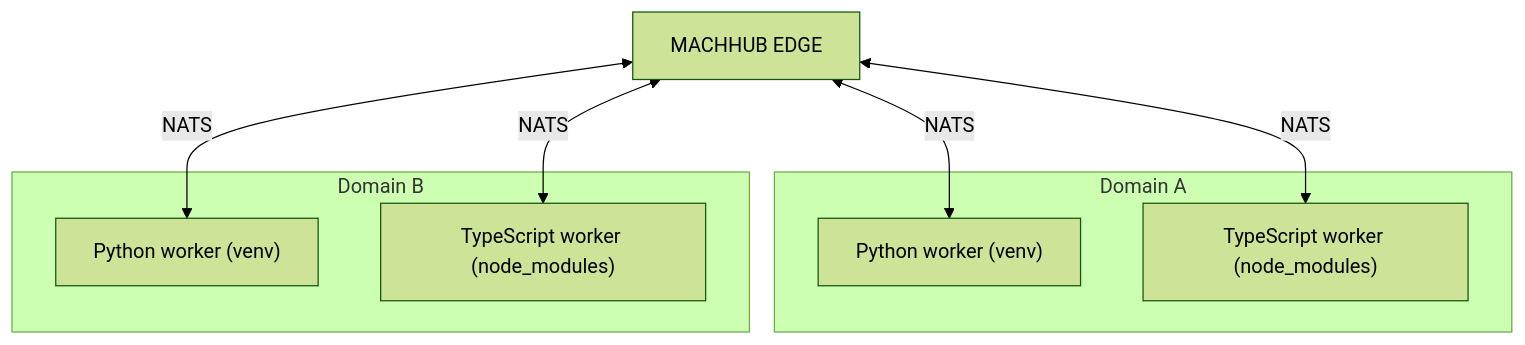
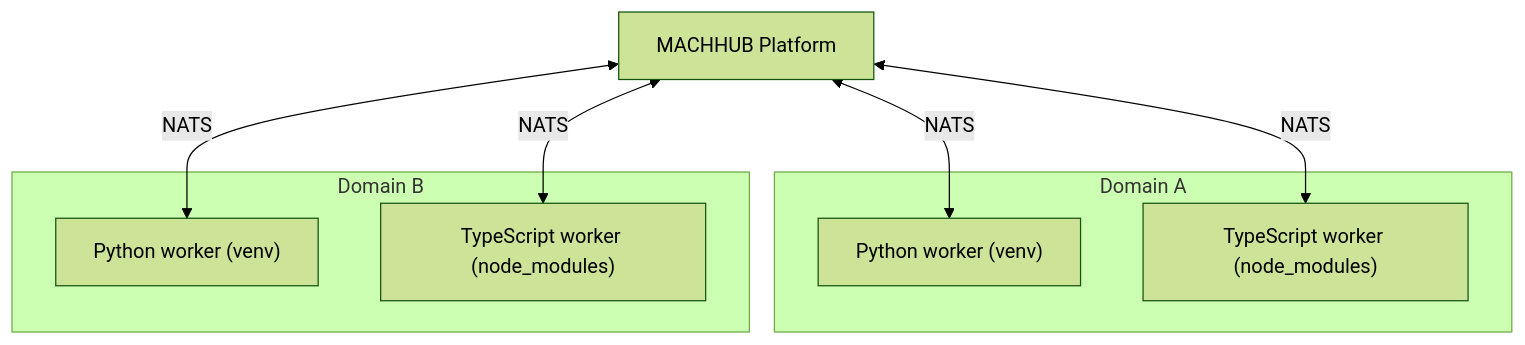
Before and after one commit to machhub-dev/docs: the second of 2 diagrams in src/content/docs/processes/model.md, drawn with Mermaid (forest theme). The commit also changed 24 other files, not shown here.

First line of the commit message:
docs: rename product from "MACHHUB EDGE" to "MACHHUB Platform"

````diff
--- a/src/content/docs/processes/model.md
+++ b/src/content/docs/processes/model.md
@@ -135,15 +135,15 @@
 ```mermaid
 flowchart TB
   subgraph DomainA["Domain A"]
     PA["Python worker (venv)"]
     TA["TypeScript worker (node_modules)"]
   end
   subgraph DomainB["Domain B"]
     PB["Python worker (venv)"]
     TB["TypeScript worker (node_modules)"]
   end
-  API["MACHHUB EDGE"] <-->|NATS| PA
+  API["MACHHUB Platform"] <-->|NATS| PA
   API <-->|NATS| TA
   API <-->|NATS| PB
   API <-->|NATS| TB
 ```
````
